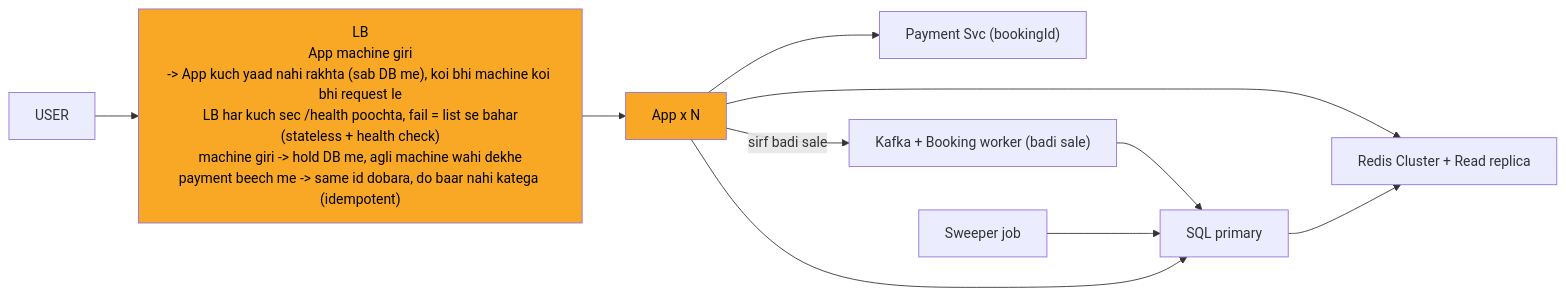
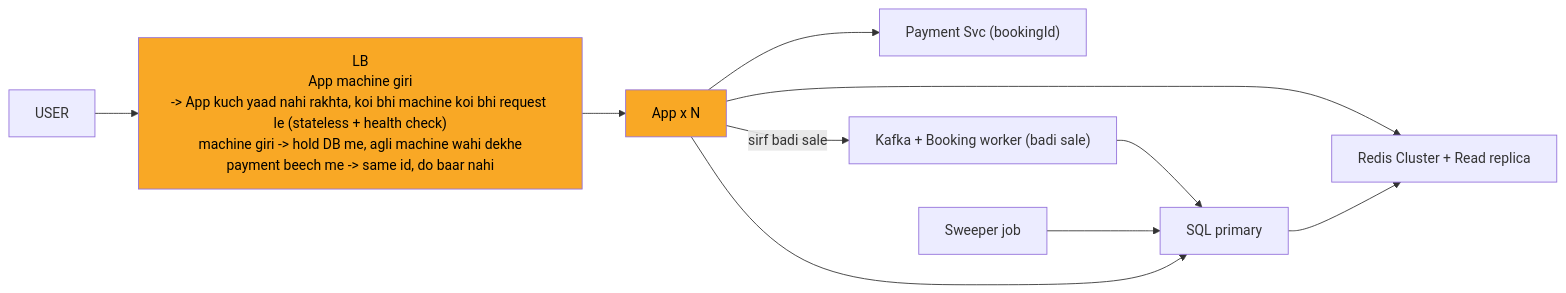
The diagram in 04_HLD/SYSTEM_DESIGNS/09_bookmyshow/img/c7.mmd (ArpanMaheshwari144/Prep), drawn with Mermaid before and after one commit. The commit also changed 30 other files, not shown here.

```diff
--- a/04_HLD/SYSTEM_DESIGNS/09_bookmyshow/img/c7.mmd
+++ b/04_HLD/SYSTEM_DESIGNS/09_bookmyshow/img/c7.mmd
@@ -1,21 +1,21 @@
 %%{init: {"flowchart": {"wrappingWidth": 450}}}%%
 flowchart LR
     n_USER["USER"]
-    n_LB["LB<br/>App machine giri<br/>-> App kuch yaad nahi rakhta (sab DB me), koi bhi machine koi bhi request le<br/>LB har kuch sec /health poochta, fail = list se bahar<br/>(stateless + health check)<br/>machine giri -> hold DB me, agli machine wahi dekhe<br/>payment beech me -> same id dobara, do baar nahi katega (idempotent)"]
+    n_LB["LB<br/>App machine giri<br/>-> App kuch yaad nahi rakhta, koi bhi machine koi bhi request le (stateless + health check)<br/>machine giri -> hold DB me, agli machine wahi dekhe<br/>payment beech me -> same id, do baar nahi"]
     n_App_xN["App x N"]
     n_Payment_Svc["Payment Svc (bookingId)"]
     n_RRR["Redis Cluster + Read replica"]
     n_KB["Kafka + Booking worker (badi sale)"]
     n_SQL_primary["SQL primary"]
     n_Sweeper_job["Sweeper job"]
     n_USER --> n_LB
     n_LB --> n_App_xN
     n_App_xN --> n_Payment_Svc
     n_App_xN --> n_RRR
     n_App_xN -->|sirf badi sale| n_KB
     n_KB --> n_SQL_primary
     n_Sweeper_job --> n_SQL_primary
     n_App_xN --> n_SQL_primary
     n_SQL_primary --> n_RRR
     style n_LB fill:#f9a825,color:#000
     style n_App_xN fill:#f9a825,color:#000
```
